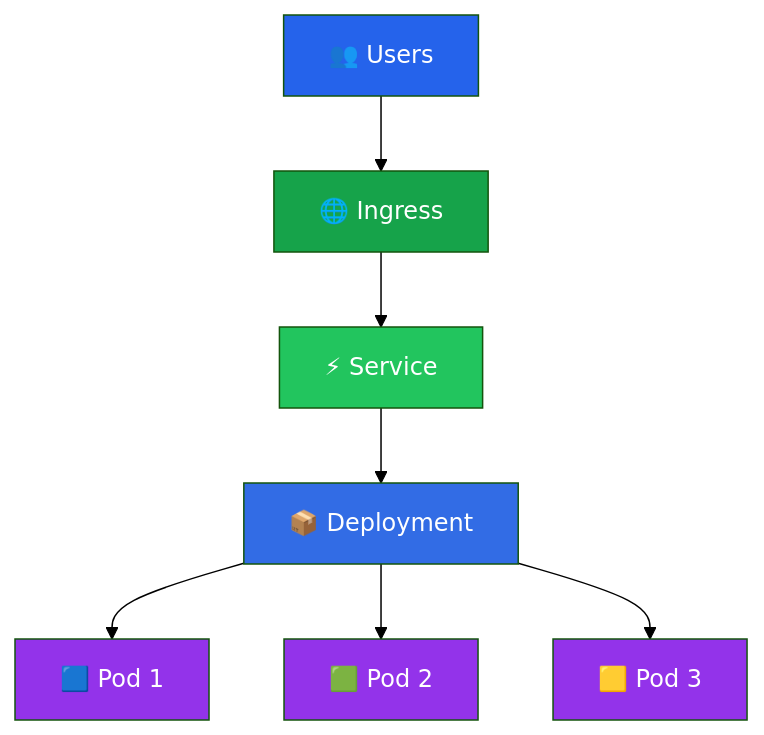
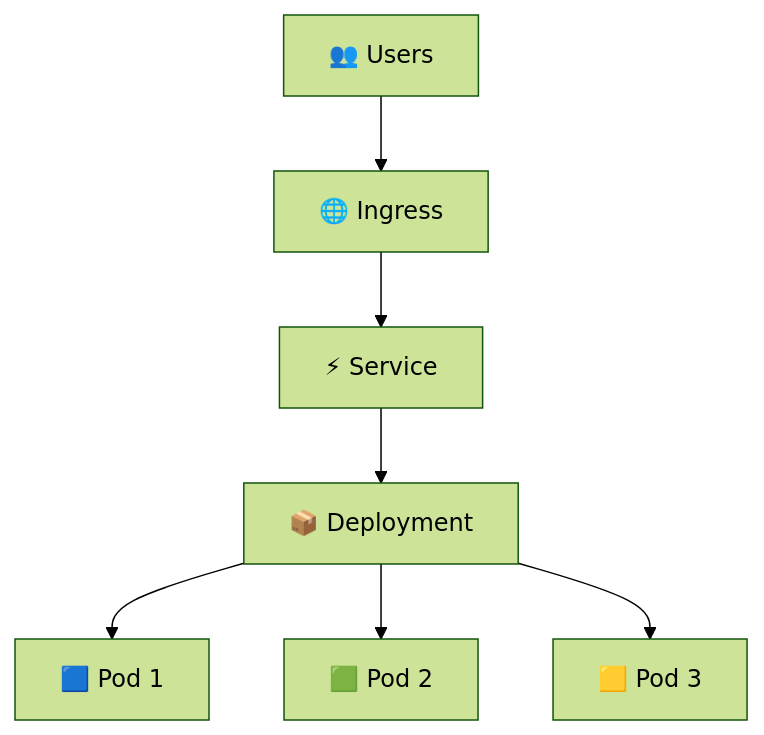
The seventh of 12 diagrams in README.md (Saurav6200907210/WebMetricsX), drawn with Mermaid (forest theme) before and after one commit. The commit also changed other lines of this file, not shown here.

````diff
--- a/README.md
+++ b/README.md
@@ -486,37 +242,9 @@
 ```mermaid
 flowchart TB
-
-Users["👥 Users"]
-
-Ingress["🌐 Ingress"]
-
-Service["⚡ Service"]
-
-Deployment["📦 Deployment"]
-
-Pod1["🟦 Pod 1"]
-
-Pod2["🟩 Pod 2"]
-
-Pod3["🟨 Pod 3"]
-
-Users --> Ingress
-
-Ingress --> Service
-
-Service --> Deployment
-
-Deployment --> Pod1
-
-Deployment --> Pod2
-
-Deployment --> Pod3
-
-style Users fill:#2563eb,color:#fff
-style Ingress fill:#16a34a,color:#fff
-style Service fill:#22c55e,color:#fff
-style Deployment fill:#326CE5,color:#fff
-style Pod1 fill:#9333ea,color:#fff
-style Pod2 fill:#9333ea,color:#fff
-style Pod3 fill:#9333ea,color:#fff
+Users["👥 Users"] --> Ingress["🌐 Ingress"]
+Ingress --> Service["⚡ Service"]
+Service --> Deployment["📦 Deployment"]
+Deployment --> Pod1["🟦 Pod 1"]
+Deployment --> Pod2["🟩 Pod 2"]
+Deployment --> Pod3["🟨 Pod 3"]
 ```
````
